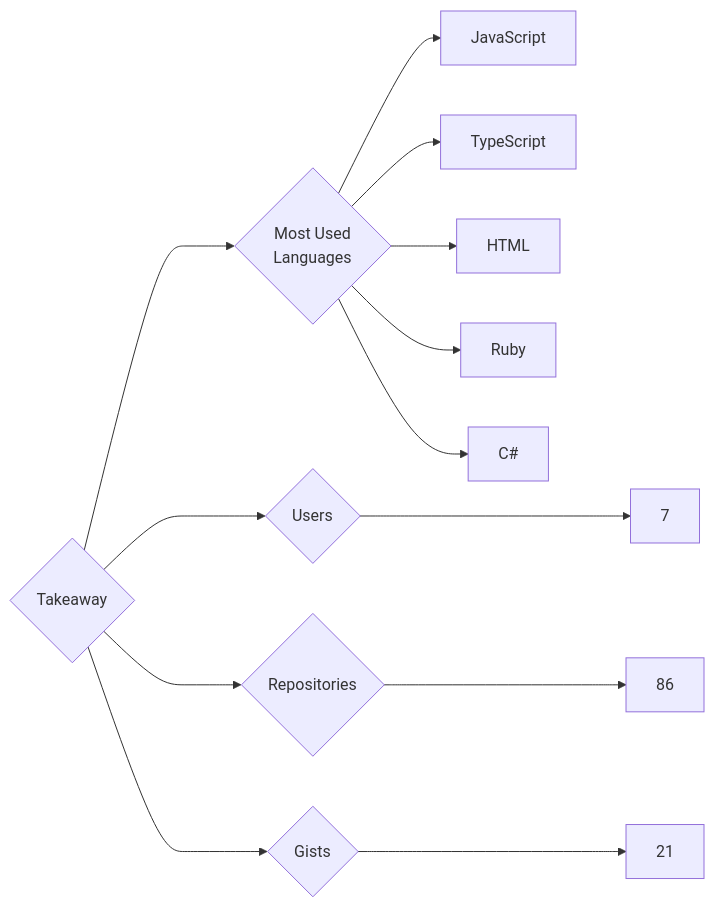
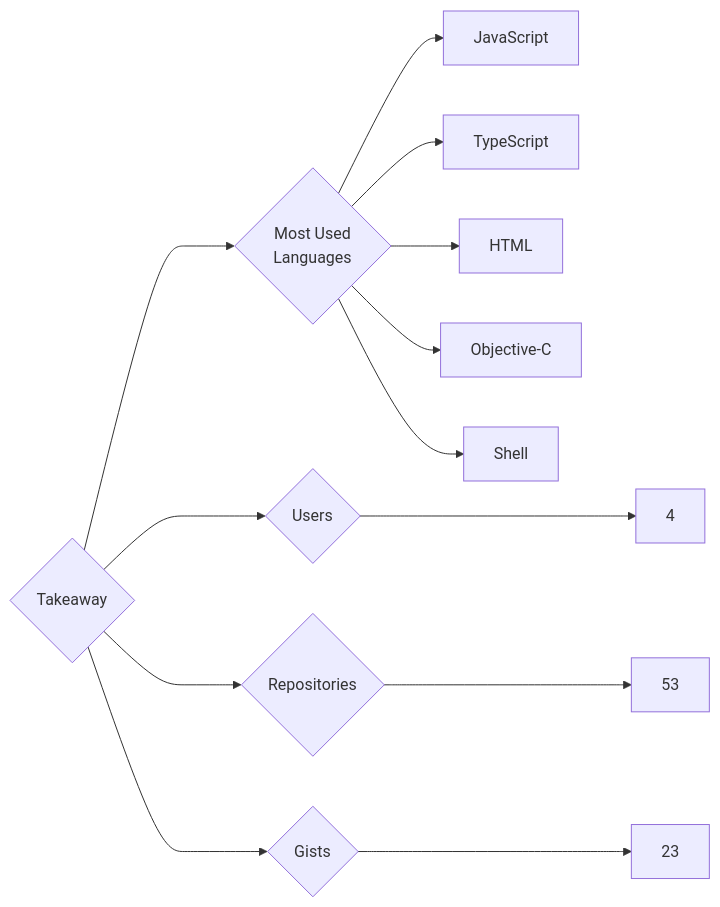
The diagram in targets/Takeaway/README.md (trickest/insiders), drawn with Mermaid before and after one commit. The commit also changed 953 other files, not shown here.

````diff
--- a/targets/Takeaway/README.md
+++ b/targets/Takeaway/README.md
@@ -3,13 +3,13 @@
 ```mermaid
 graph LR
 COMPANY_NAME{Takeaway}
-COMPANY_NAME ---> U{Users} ---> UN[7]
-COMPANY_NAME ---> R{Repositories} ---> RN[86]
-COMPANY_NAME ---> G{Gists} ---> GN[21]
+COMPANY_NAME ---> U{Users} ---> UN[4]
+COMPANY_NAME ---> R{Repositories} ---> RN[53]
+COMPANY_NAME ---> G{Gists} ---> GN[23]
 COMPANY_NAME ---> ML{Most Used<br>Languages}
 ML --> JavaScript[JavaScript]
 ML --> TypeScript[TypeScript]
 ML --> HTML[HTML]
-ML --> Ruby[Ruby]
-ML --> C#[C#]
+ML --> Objective-C[Objective-C]
+ML --> Shell[Shell]
 ```
````
